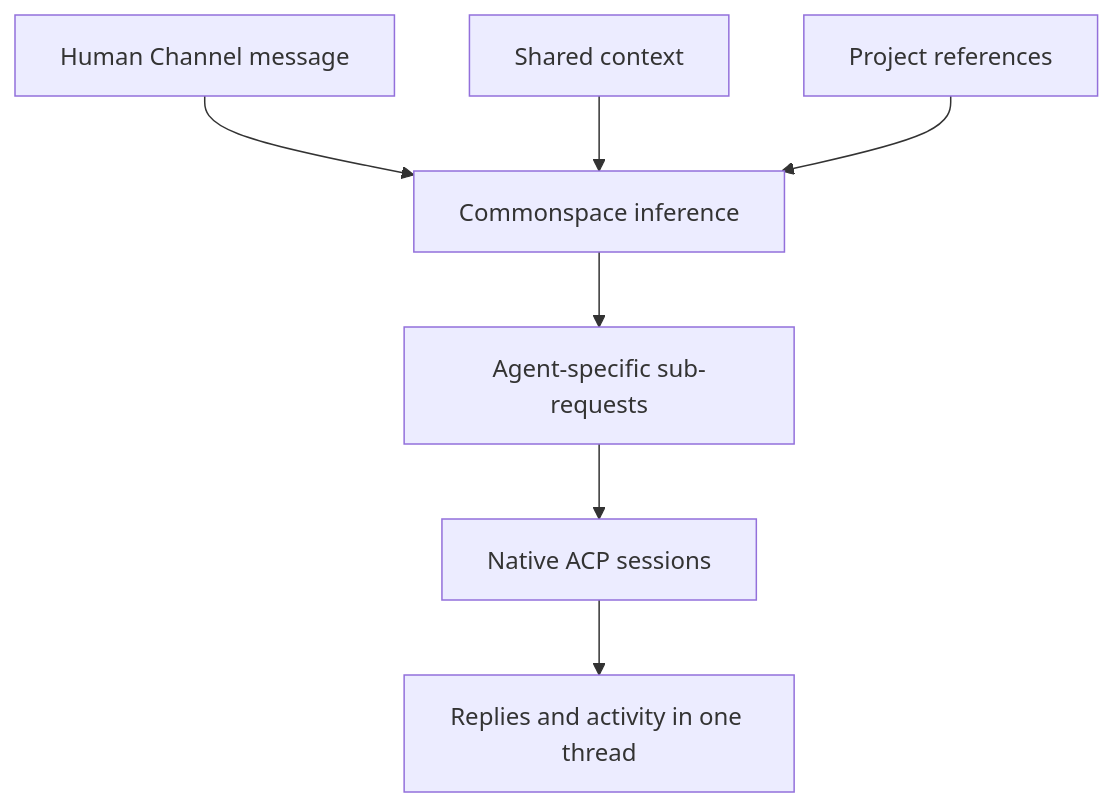
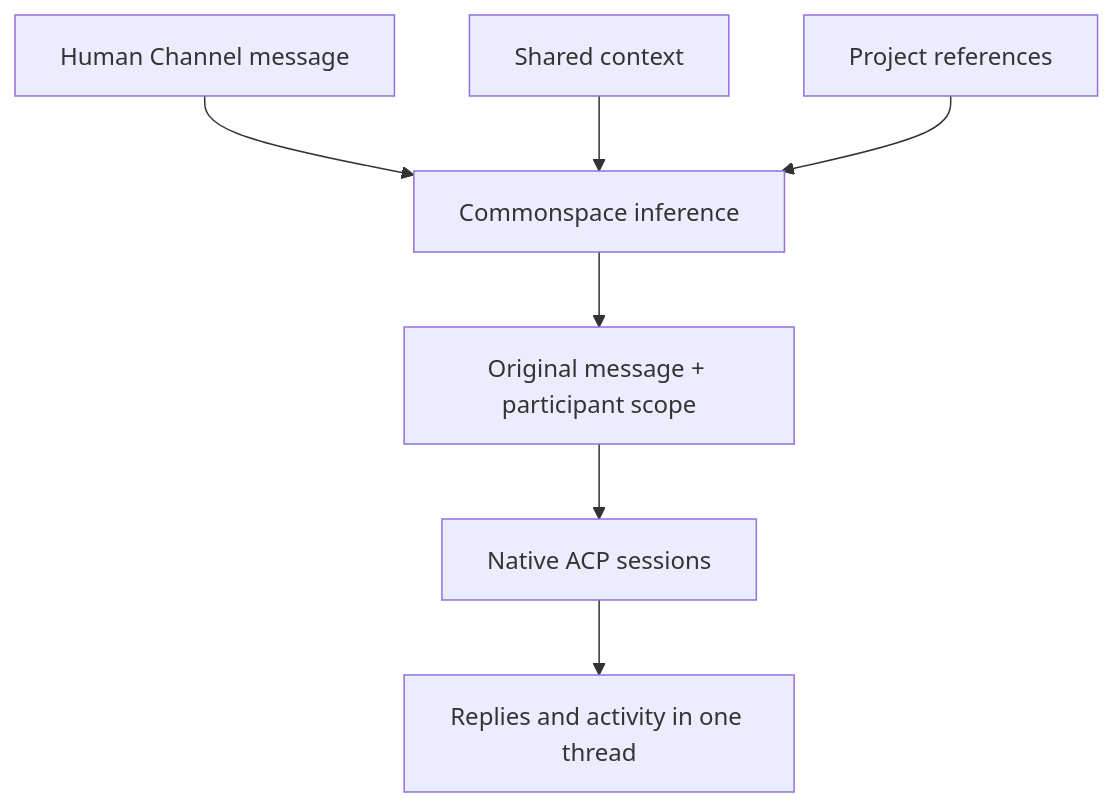
The diagram in docs/specs/product-spec.md (commonspaceai/commonspace), drawn with Mermaid before and after one commit. The commit also changed other lines of this file and 41 other files, not shown here.

Commit message:
feat(routing): use Jev judgments with original-message delivery

````diff
--- a/docs/specs/product-spec.md
+++ b/docs/specs/product-spec.md
@@ -95,9 +95,9 @@
 ```mermaid
 flowchart TD
     M["Human Channel message"] --> I["Commonspace inference"]
     C["Shared context"] --> I
     P["Project references"] --> I
-    I --> S["Agent-specific sub-requests"]
+    I --> S["Original message + participant scope"]
     S --> N["Native ACP sessions"]
     N --> T["Replies and activity in one thread"]
 ```
````
